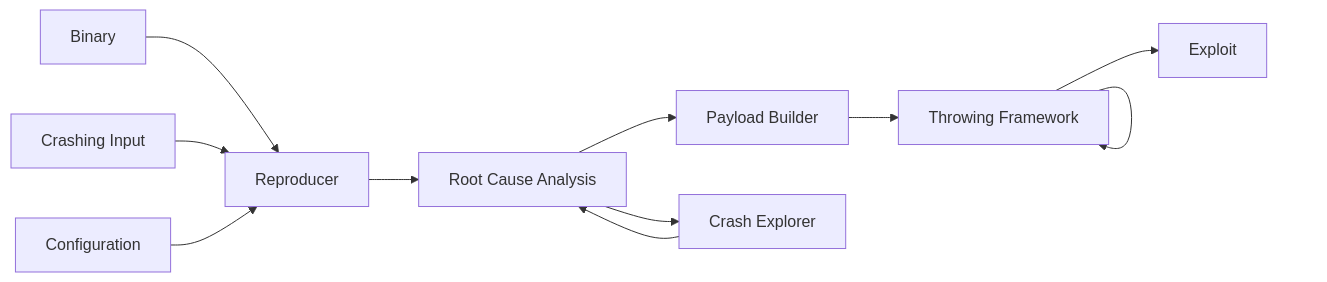
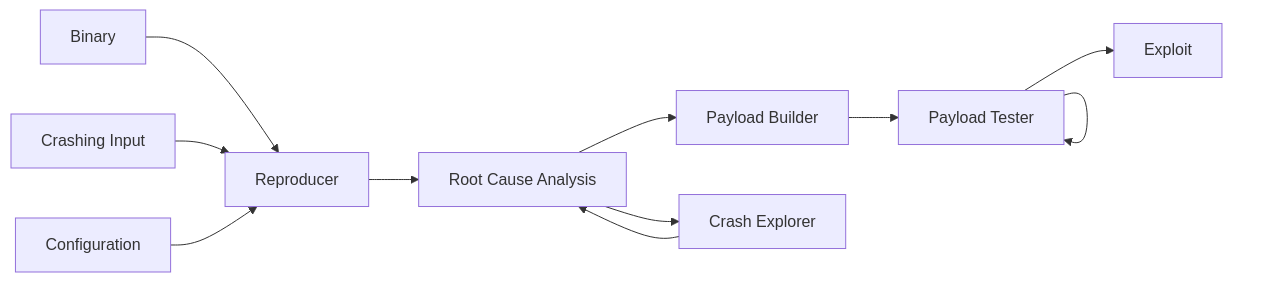
One commit to myrtopar/pivot changed the diagram in README.md. Above: the diagram before and after it, drawn with Mermaid. The commit also changed 1 other file, not shown here.

Commit message:
payload tester

````diff
--- a/README.md
+++ b/README.md
@@ -26,13 +26,13 @@
 ```mermaid
 graph LR
   Binary --> Reproducer
   Input[Crashing Input] --> Reproducer
   Configuration --> Reproducer
   Reproducer --> RootCause[Root Cause Analysis]
   RootCause --> Payload[Payload Builder]
-  Payload --> Thrower[Throwing Framework]
+  Payload --> Thrower[Payload Tester]
   Thrower --> Thrower
   RootCause --> Explorer[Crash Explorer]
   Explorer --> RootCause
   Thrower --> Exploit
 ```
````
